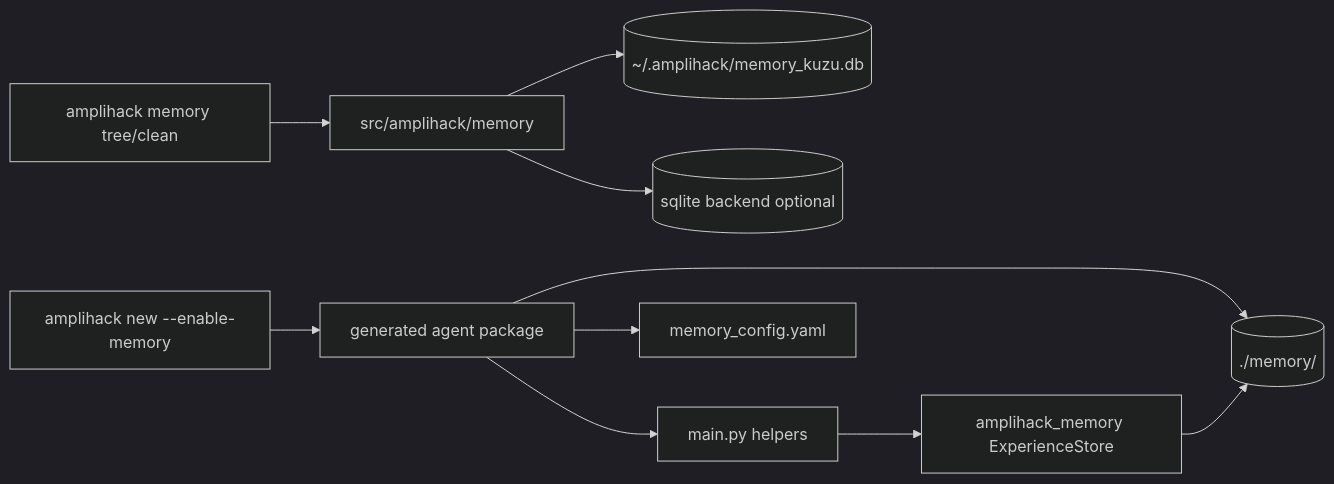
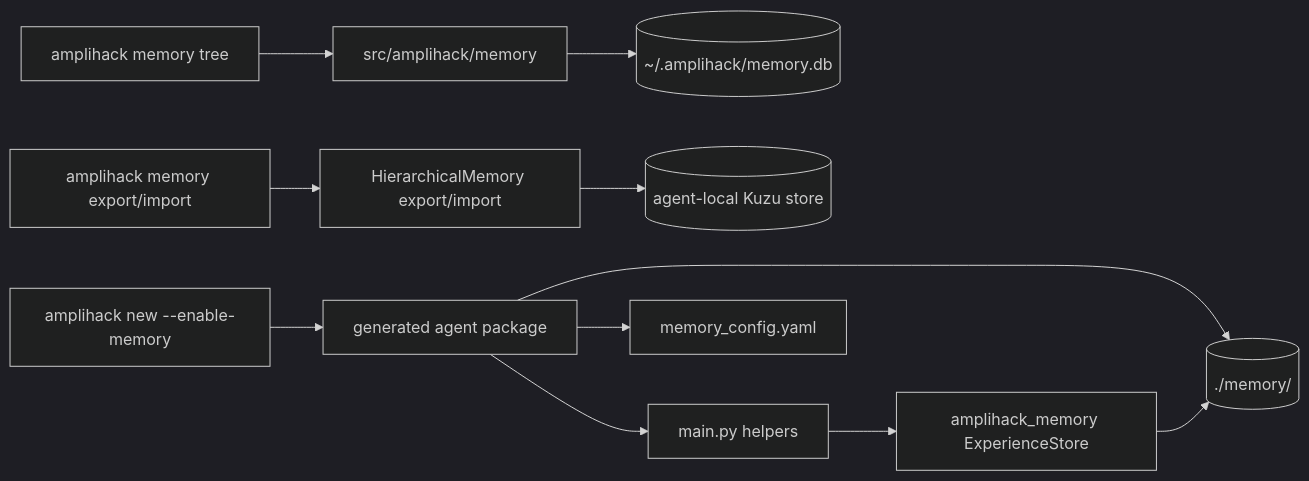
Before and after one commit to rysweet/amplihack: the diagram in docs/concepts/memory-enabled-agents-architecture.md, drawn with Mermaid (dark theme). The commit also changed other lines of this file and 25 other files, not shown here.

````diff
--- a/docs/concepts/memory-enabled-agents-architecture.md
+++ b/docs/concepts/memory-enabled-agents-architecture.md
@@ -75,13 +78,15 @@
 ```mermaid
 flowchart LR
-    CLI[amplihack memory tree/clean] --> RepoMemory[src/amplihack/memory]
-    RepoMemory --> Kuzu[(~/.amplihack/memory_kuzu.db)]
-    RepoMemory --> SQLite[(sqlite backend optional)]
+    CLI[amplihack memory tree] --> RepoMemory[src/amplihack/memory]
+    RepoMemory --> SQLite[(~/.amplihack/memory.db)]
+
+    Transfer[amplihack memory export/import] --> AgentStore[HierarchicalMemory export/import]
+    AgentStore --> AgentKuzu[(agent-local Kuzu store)]
 
     Generator[amplihack new --enable-memory] --> Package[generated agent package]
     Package --> MainPy[main.py helpers]
     Package --> Config[memory_config.yaml]
     Package --> AgentMemory[(./memory/)]
     MainPy --> ExperienceStore[amplihack_memory ExperienceStore]
     ExperienceStore --> AgentMemory
 ```
````
